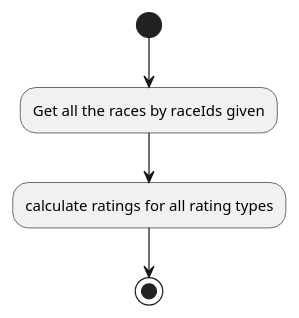
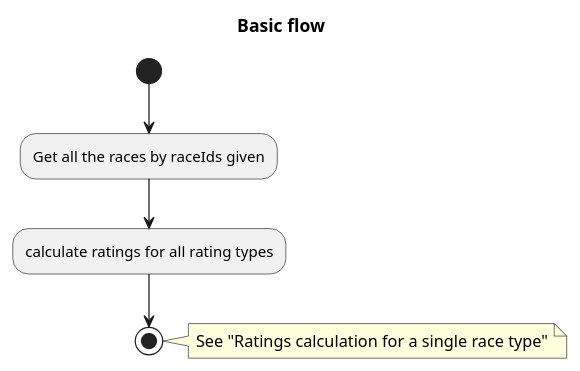
The diagram in doc/java-code-flow/00.basic-flow.puml (Ramadamadam/fl-track-mate-rating-algorithm), drawn with PlantUML before and after one commit. The commit also changed 4 other files, not shown here.

```diff
--- a/doc/java-code-flow/00.basic-flow.puml
+++ b/doc/java-code-flow/00.basic-flow.puml
@@ -1,7 +1,14 @@
 @startuml
+
+title Basic flow
+
 (*) --> "Get all the races by raceIds given"
 
 "Get all the races by raceIds given" --> "calculate ratings for all rating types"
 
+
 "calculate ratings for all rating types" --> (*)
+note right
+See "Ratings calculation for a single race type"
+end note
 @enduml
```
